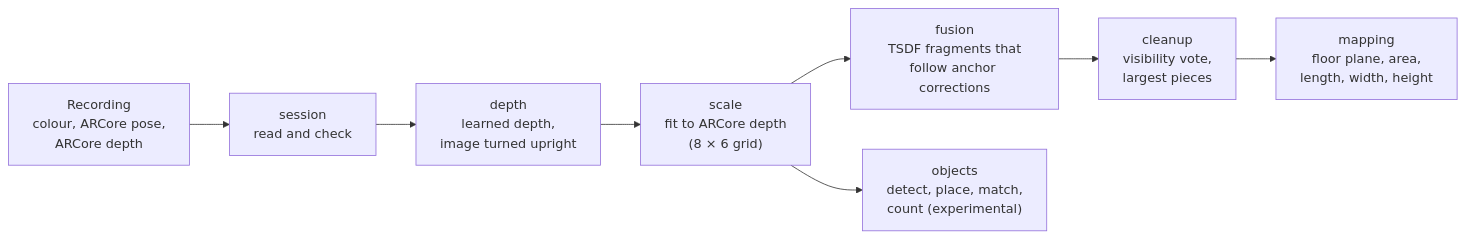
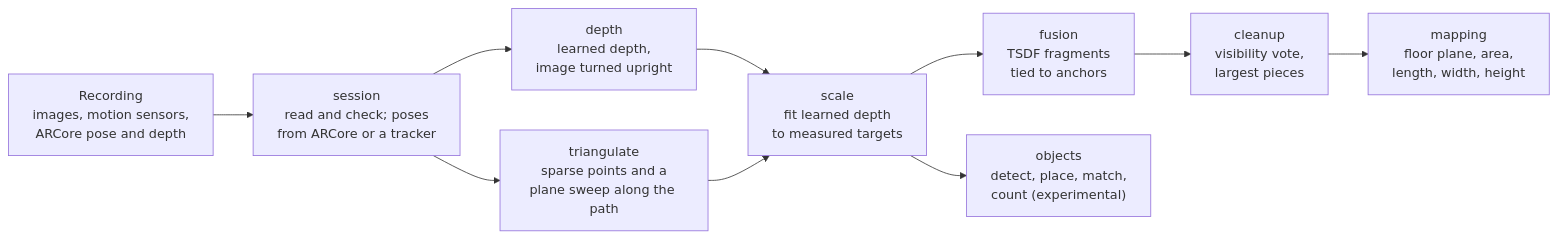
Before and after one commit to jkind9/FYLD_research: the diagram in README.md, drawn with Mermaid. The commit also changed other lines of this file and 57 other files, not shown here.

````diff
--- a/README.md
+++ b/README.md
@@ -48,10 +60,12 @@
 ```mermaid
 flowchart LR
-    rec["Recording<br/>colour, ARCore pose,<br/>ARCore depth"] --> s["session<br/>read and check"]
+    rec["Recording<br/>images, motion sensors,<br/>ARCore pose and depth"] --> s["session<br/>read and check; poses<br/>from ARCore or a tracker"]
     s --> d["depth<br/>learned depth,<br/>image turned upright"]
-    d --> sc["scale<br/>fit to ARCore depth<br/>(8 × 6 grid)"]
-    sc --> f["fusion<br/>TSDF fragments that<br/>follow anchor corrections"]
+    s --> t["triangulate<br/>sparse points and a<br/>plane sweep along the path"]
+    d --> sc["scale<br/>fit learned depth<br/>to measured targets"]
+    t --> sc
+    sc --> f["fusion<br/>TSDF fragments<br/>tied to anchors"]
     f --> c["cleanup<br/>visibility vote,<br/>largest pieces"]
     c --> m["mapping<br/>floor plane, area,<br/>length, width, height"]
     sc --> o["objects<br/>detect, place, match,<br/>count (experimental)"]
 ```
````
